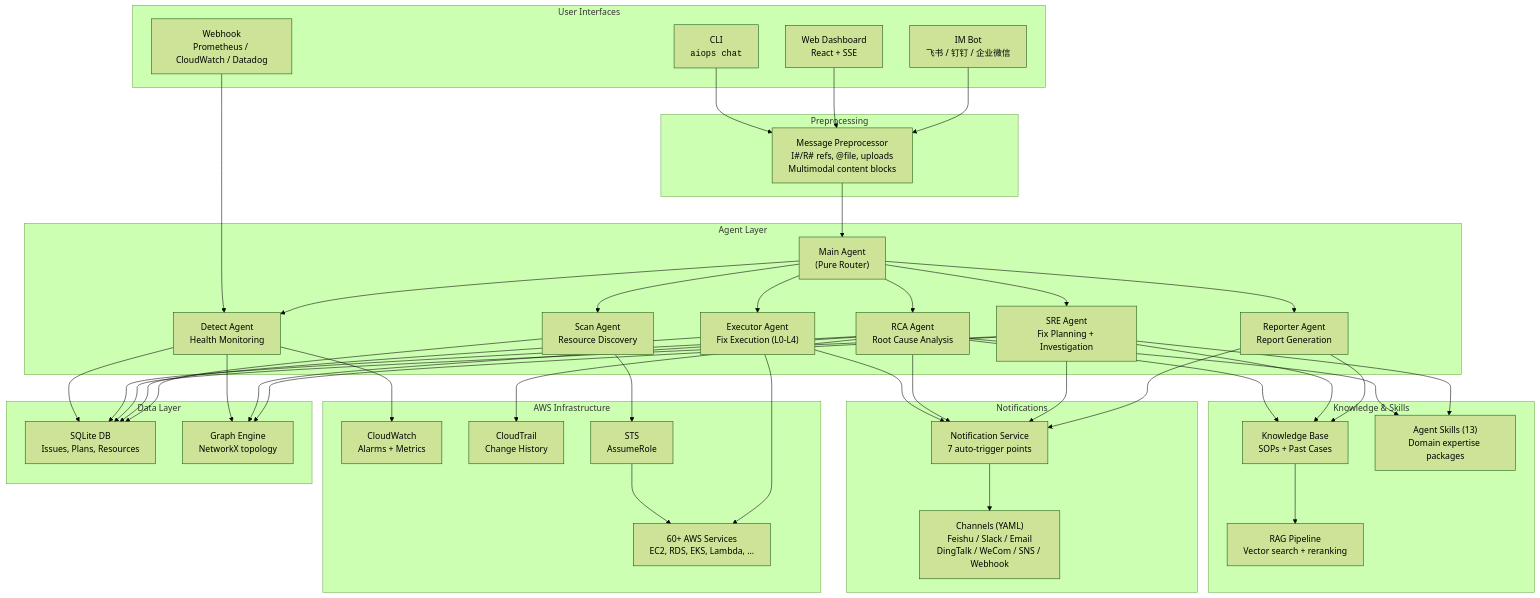
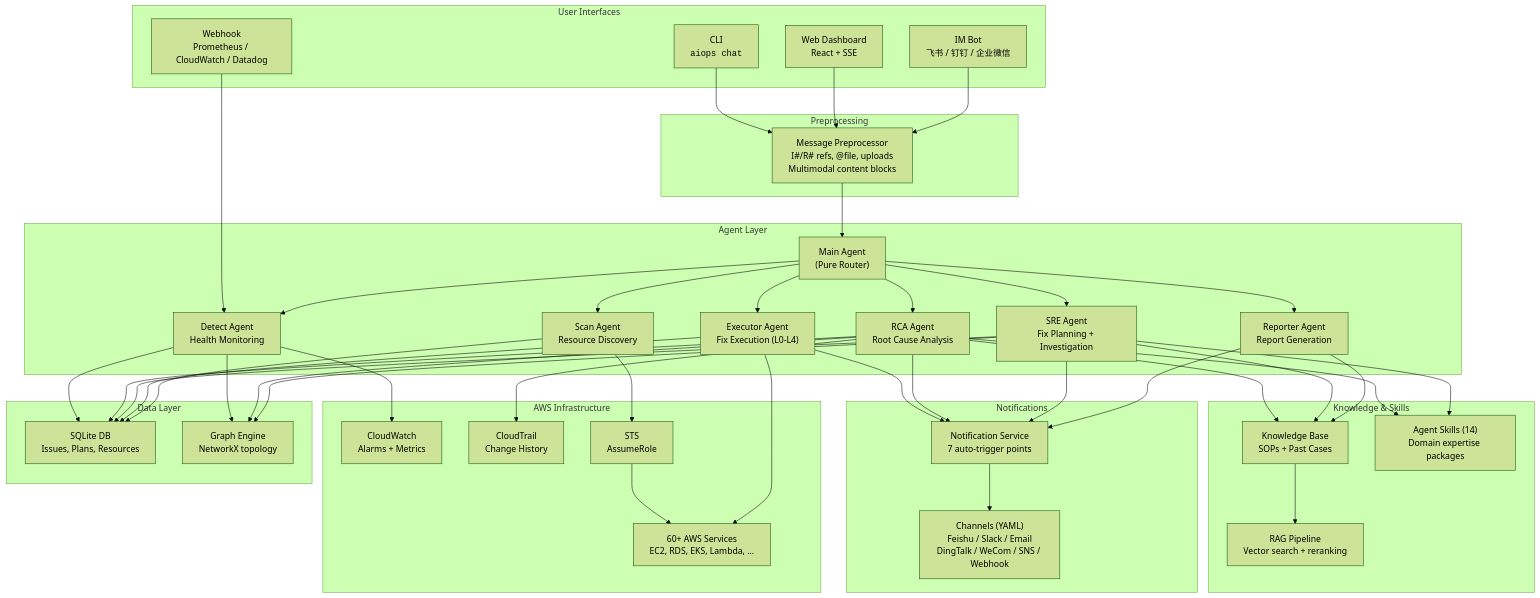
Before and after one commit to LiboMa/agenticops-chat: the first of 8 diagrams in docs/WORKFLOW.md, drawn with Mermaid (forest theme). The commit also changed other lines of this file and 2 other files, not shown here.

```diff
--- a/docs/WORKFLOW.md
+++ b/docs/WORKFLOW.md
@@ -56,7 +56,7 @@
 
     subgraph "Knowledge & Skills"
         KB["Knowledge Base<br/>SOPs + Past Cases"]
-        SKILLS["Agent Skills (13)<br/>Domain expertise packages"]
+        SKILLS["Agent Skills (14)<br/>Domain expertise packages"]
         RAG["RAG Pipeline<br/>Vector search + reranking"]
     end
 
```
